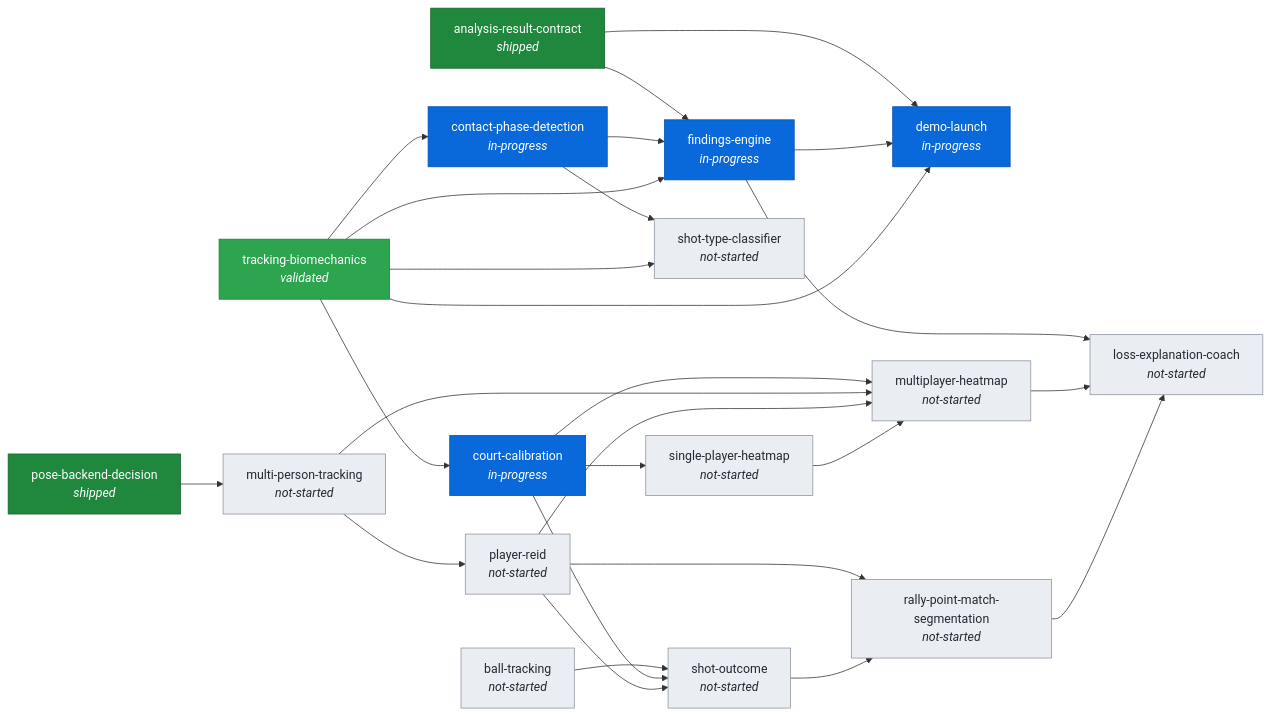
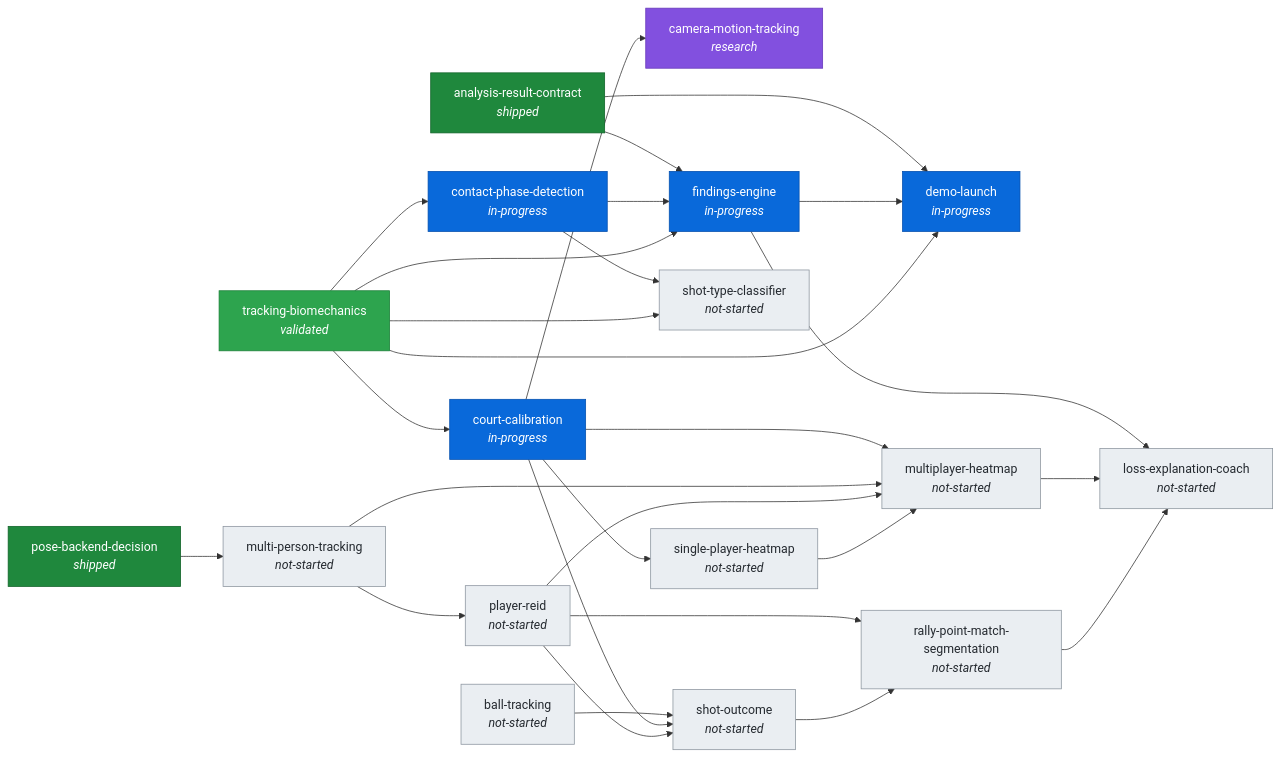
Before and after one commit to imaad0701-coder/SquashAI: the diagram in docs/ROADMAP.md, drawn with Mermaid. The commit also changed other lines of this file and 17 other files, not shown here.

First line of the commit message:
Research: carry a court calibration through camera motion by floor tracking

````diff
--- a/docs/ROADMAP.md
+++ b/docs/ROADMAP.md
@@ -12,54 +12,57 @@
 ```mermaid
 graph LR
     analysis_result_contract["analysis-result-contract<br/><i>shipped</i>"]
     ball_tracking["ball-tracking<br/><i>not-started</i>"]
+    camera_motion_tracking["camera-motion-tracking<br/><i>research</i>"]
     contact_phase_detection["contact-phase-detection<br/><i>in-progress</i>"]
     court_calibration["court-calibration<br/><i>in-progress</i>"]
     demo_launch["demo-launch<br/><i>in-progress</i>"]
     findings_engine["findings-engine<br/><i>in-progress</i>"]
     loss_explanation_coach["loss-explanation-coach<br/><i>not-started</i>"]
     multi_person_tracking["multi-person-tracking<br/><i>not-started</i>"]
     multiplayer_heatmap["multiplayer-heatmap<br/><i>not-started</i>"]
     player_reid["player-reid<br/><i>not-started</i>"]
     pose_backend_decision["pose-backend-decision<br/><i>shipped</i>"]
     rally_point_match_segmentation["rally-point-match-segmentation<br/><i>not-started</i>"]
     shot_outcome["shot-outcome<br/><i>not-started</i>"]
     shot_type_classifier["shot-type-classifier<br/><i>not-started</i>"]
     single_player_heatmap["single-player-heatmap<br/><i>not-started</i>"]
     tracking_biomechanics["tracking-biomechanics<br/><i>validated</i>"]
+    court_calibration --> camera_motion_tracking
     tracking_biomechanics --> contact_phase_detection
     tracking_biomechanics --> court_calibration
     analysis_result_contract --> demo_launch
     findings_engine --> demo_launch
     tracking_biomechanics --> demo_launch
     analysis_result_contract --> findings_engine
     contact_phase_detection --> findings_engine
     tracking_biomechanics --> findings_engine
     findings_engine --> loss_explanation_coach
     multiplayer_heatmap --> loss_explanation_coach
     rally_point_match_segmentation --> loss_explanation_coach
     pose_backend_decision --> multi_person_tracking
     court_calibration --> multiplayer_heatmap
     multi_person_tracking --> multiplayer_heatmap
     player_reid --> multiplayer_heatmap
     single_player_heatmap --> multiplayer_heatmap
     multi_person_tracking --> player_reid
     player_reid --> rally_point_match_segmentation
     shot_outcome --> rally_point_match_segmentation
     ball_tracking --> shot_outcome
     court_calibration --> shot_outcome
     player_reid --> shot_outcome
     contact_phase_detection --> shot_type_classifier
     tracking_biomechanics --> shot_type_classifier
     court_calibration --> single_player_heatmap
     classDef shipped fill:#1f883d,stroke:#116329,color:#ffffff
     classDef validated fill:#2da44e,stroke:#1a7f37,color:#ffffff
     classDef in_progress fill:#0969da,stroke:#0550ae,color:#ffffff
     classDef research fill:#8250df,stroke:#6639ba,color:#ffffff
     classDef blocked fill:#cf222e,stroke:#a40e26,color:#ffffff
     classDef not_started fill:#eaeef2,stroke:#8c959f,color:#24292f
     class analysis_result_contract,pose_backend_decision shipped
     class tracking_biomechanics validated
     class contact_phase_detection,court_calibration,demo_launch,findings_engine in_progress
+    class camera_motion_tracking research
     class ball_tracking,loss_explanation_coach,multi_person_tracking,multiplayer_heatmap,player_reid,rally_point_match_segmentation,shot_outcome,shot_type_classifier,single_player_heatmap not_started
 ```
````
